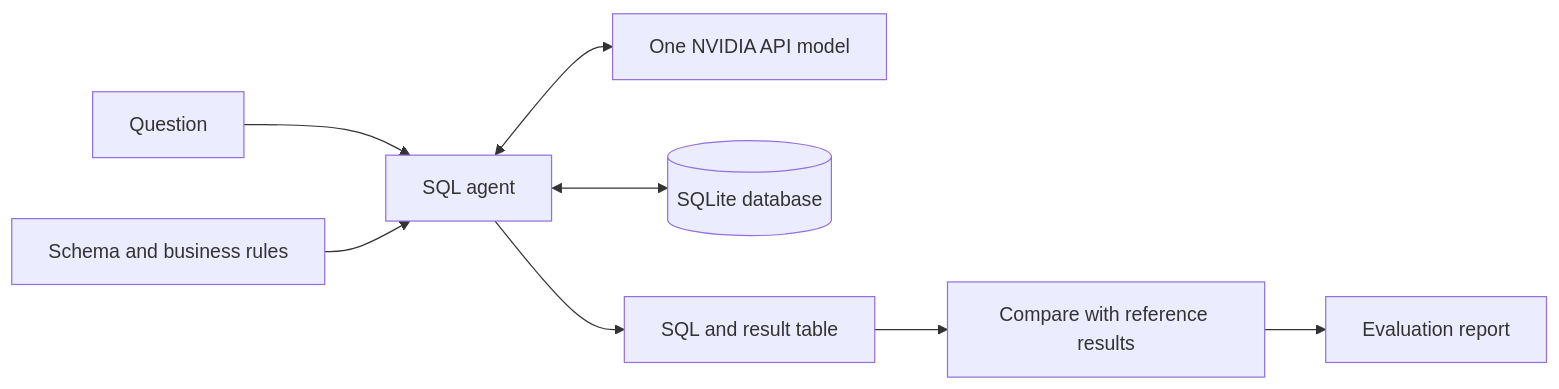
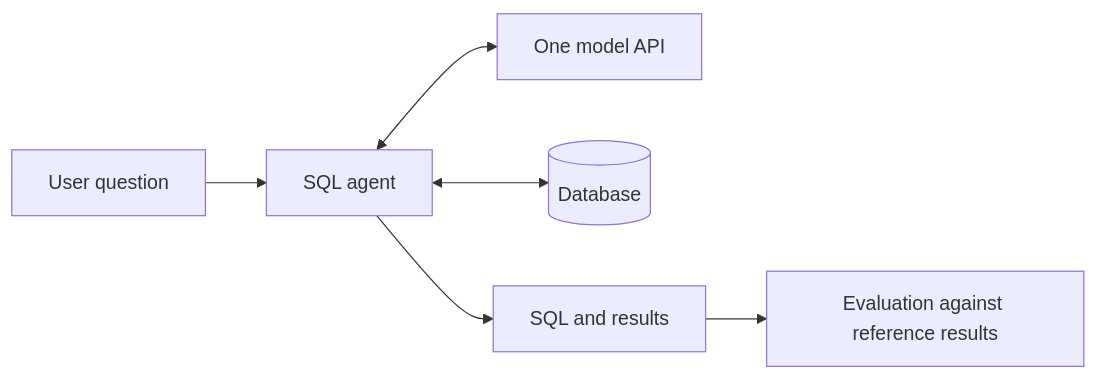
Before and after one commit to pactaccount/SQLAgent: the diagram in README.md, drawn with Mermaid. The commit also changed other lines of this file and 67 other files, not shown here.

````diff
--- a/README.md
+++ b/README.md
@@ -10,10 +12,8 @@
 ```mermaid
 flowchart LR
-    U[Question] --> A[SQL agent]
-    S[Schema and business rules] --> A
-    A <--> M[One NVIDIA API model]
-    A <--> D[(SQLite database)]
-    A --> R[SQL and result table]
-    R --> E[Compare with reference results]
-    E --> P[Evaluation report]
+    U[User question] --> A[SQL agent]
+    A <--> M[One model API]
+    A <--> D[(Database)]
+    A --> R[SQL and results]
+    R --> E[Evaluation against reference results]
 ```
````
